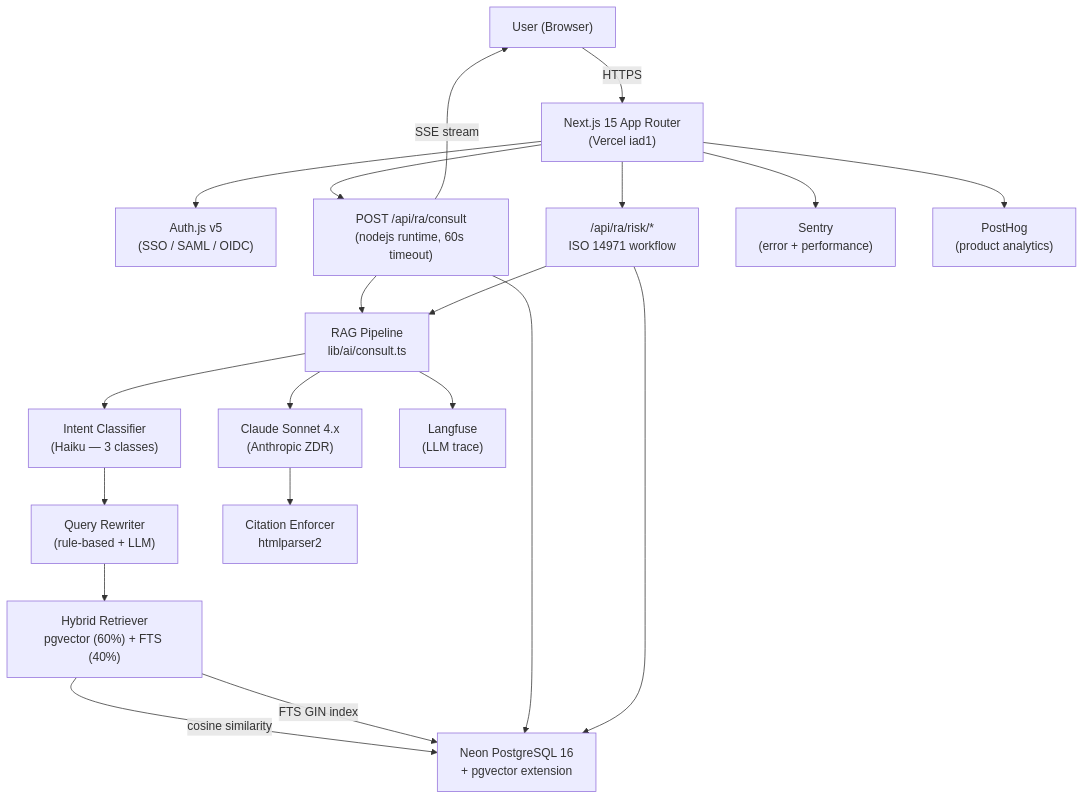
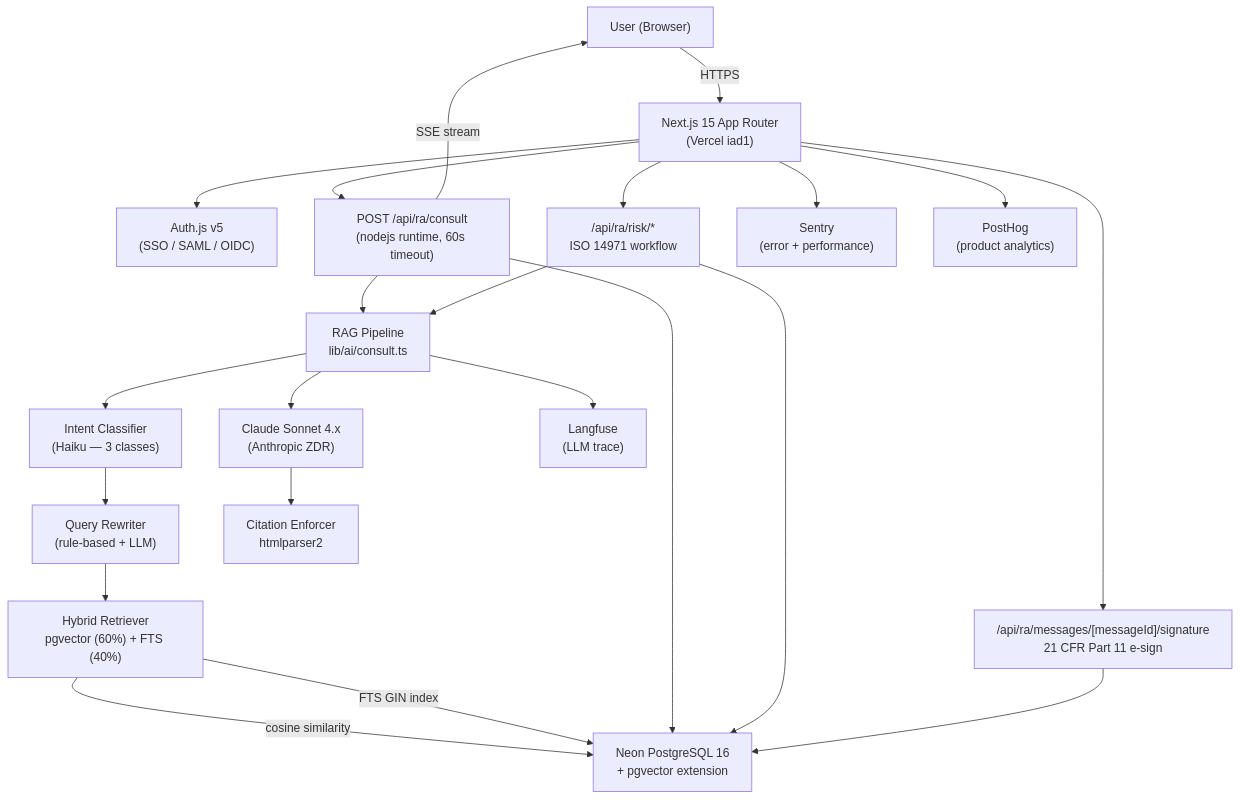
One commit to holee9/ra-med-bot changed the first of 7 diagrams in docs/architecture.md. Above: the diagram before and after it, drawn with Mermaid. The commit also changed other lines of this file and 8 other files, not shown here.

Commit message:
docs(esig): document Part 11 signature workflow (#205)

````diff
--- a/docs/architecture.md
+++ b/docs/architecture.md
@@ -11,38 +11,41 @@
 ```mermaid
 graph TD
     User["User (Browser)"]
     NextJS["Next.js 15 App Router\n(Vercel iad1)"]
     Auth["Auth.js v5\n(SSO / SAML / OIDC)"]
     ConsultAPI["POST /api/ra/consult\n(nodejs runtime, 60s timeout)"]
     RiskAPI["/api/ra/risk/*\nISO 14971 workflow"]
+    SignatureAPI["/api/ra/messages/[messageId]/signature\n21 CFR Part 11 e-sign"]
     RAG["RAG Pipeline\nlib/ai/consult.ts"]
     Intent["Intent Classifier\n(Haiku — 3 classes)"]
     QueryRewrite["Query Rewriter\n(rule-based + LLM)"]
     Retriever["Hybrid Retriever\npgvector (60%) + FTS (40%)"]
     LLM["Claude Sonnet 4.x\n(Anthropic ZDR)"]
     CitationEnforce["Citation Enforcer\nhtmlparser2"]
     DB["Neon PostgreSQL 16\n+ pgvector extension"]
     Sentry["Sentry\n(error + performance)"]
     PostHog["PostHog\n(product analytics)"]
     Langfuse["Langfuse\n(LLM trace)"]
 
     User -->|HTTPS| NextJS
     NextJS --> Auth
     NextJS --> ConsultAPI
     NextJS --> RiskAPI
+    NextJS --> SignatureAPI
     ConsultAPI --> RAG
     RAG --> Intent
     Intent --> QueryRewrite
     QueryRewrite --> Retriever
     Retriever -->|cosine similarity| DB
     Retriever -->|FTS GIN index| DB
     RAG --> LLM
     LLM --> CitationEnforce
     ConsultAPI -->|SSE stream| User
     ConsultAPI --> DB
     RiskAPI --> DB
     RiskAPI --> RAG
+    SignatureAPI --> DB
     NextJS --> Sentry
     NextJS --> PostHog
     RAG --> Langfuse
 ```
````
